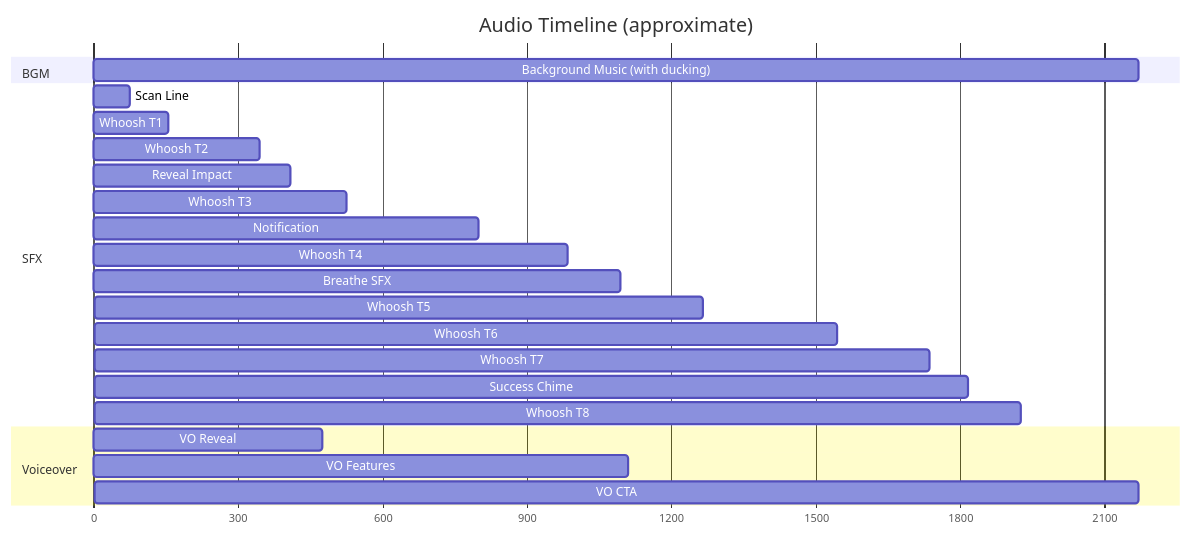
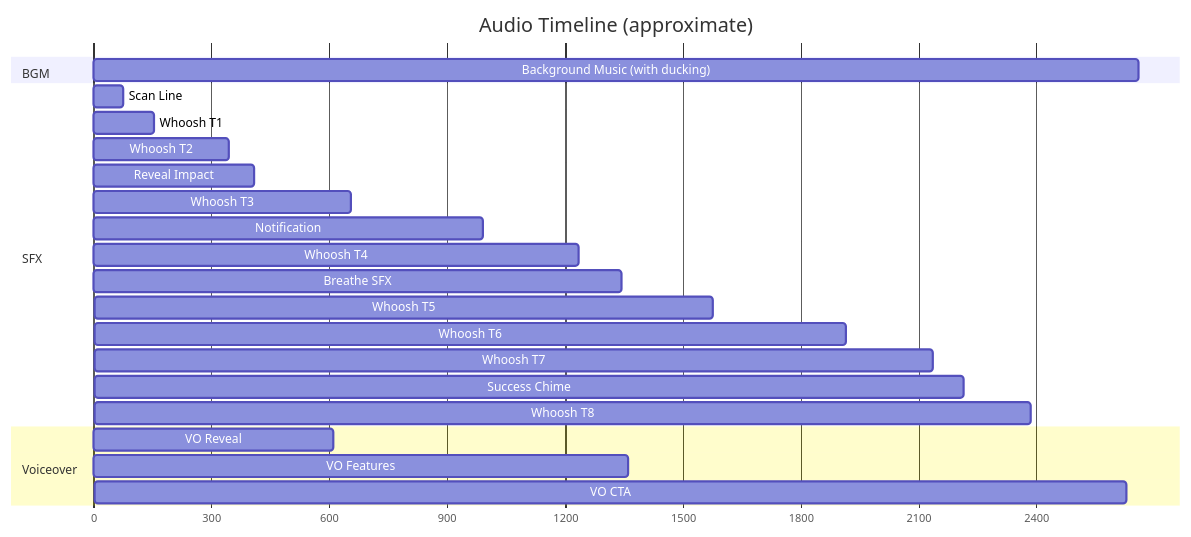
One commit to ChanMeng666/claude-code-audio-hooks-promo-video changed the second of 4 diagrams in README.md. Above: the diagram before and after it, drawn with Mermaid. The commit also changed other lines of this file and 5 other files, not shown here.

````diff
--- a/README.md
+++ b/README.md
@@ -64,29 +64,29 @@
 ```mermaid
 gantt
     title Audio Timeline (approximate)
     dateFormat X
     axisFormat %s
 
     section BGM
-    Background Music (with ducking) :0, 2170
+    Background Music (with ducking) :0, 2660
 
     section SFX
     Scan Line     :15, 75
     Whoosh T1     :125, 155
     Whoosh T2     :315, 345
     Reveal Impact :335, 410
-    Whoosh T3     :495, 525
-    Notification  :755, 800
-    Whoosh T4     :955, 985
-    Breathe SFX   :975, 1095
-    Whoosh T5     :1235, 1265
-    Whoosh T6     :1515, 1545
-    Whoosh T7     :1705, 1735
-    Success Chime :1770, 1815
-    Whoosh T8     :1895, 1925
+    Whoosh T3     :625, 655
+    Notification  :945, 990
+    Whoosh T4     :1205, 1235
+    Breathe SFX   :1225, 1345
+    Whoosh T5     :1545, 1575
+    Whoosh T6     :1885, 1915
+    Whoosh T7     :2105, 2135
+    Success Chime :2170, 2215
+    Whoosh T8     :2355, 2385
 
     section Voiceover
-    VO Reveal     :355, 475
-    VO Features   :1010, 1110
-    VO CTA        :2020, 2170
+    VO Reveal     :355, 610
+    VO Features   :1260, 1360
+    VO CTA        :2480, 2630
 ```
````
